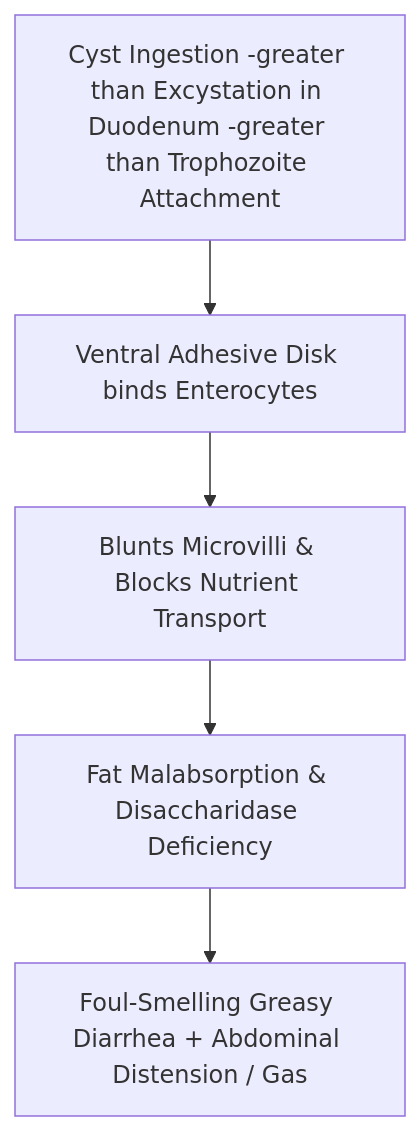
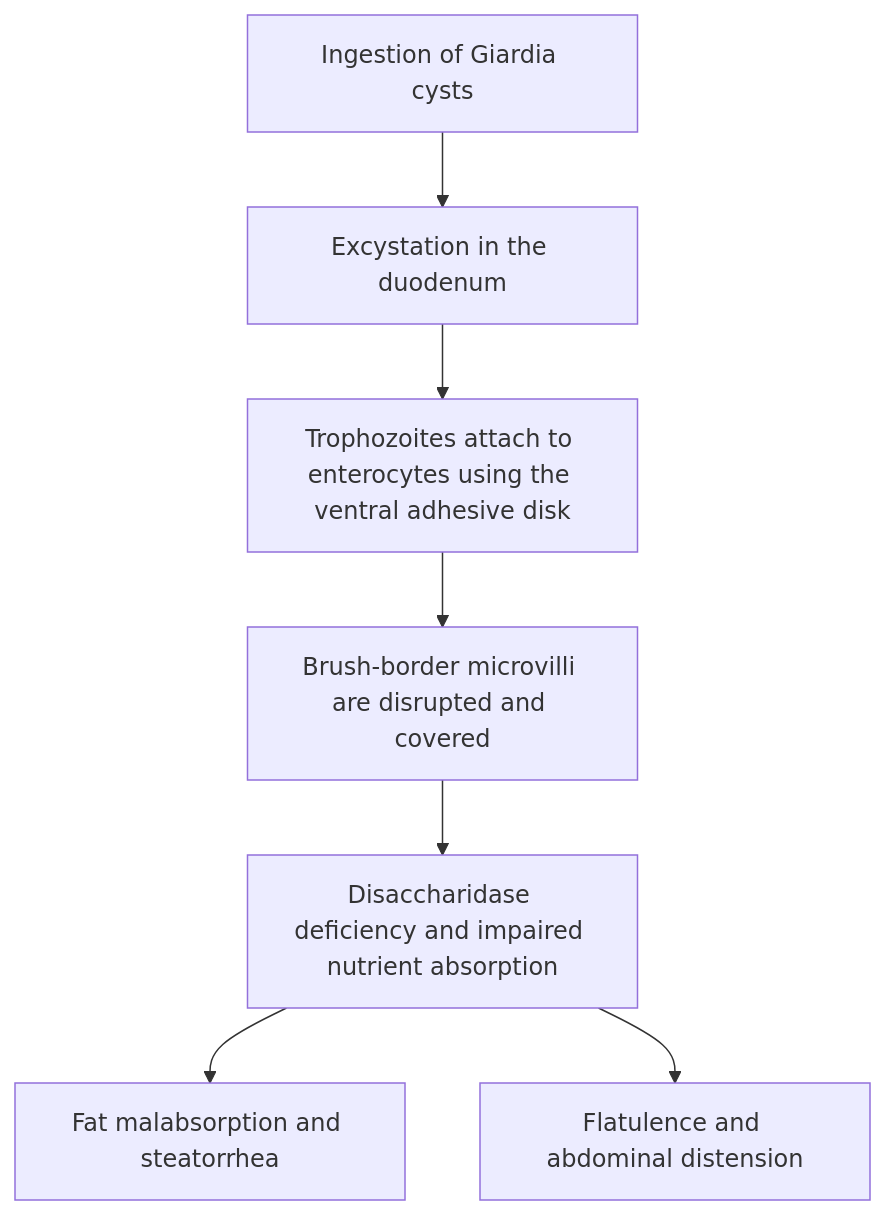
One commit to kartikswami768/neet-pg changed the diagram in Canonical notes/GIT/GIT_Chapter_14_Viral_Parasitic_Infections.md. Above: the diagram before and after it, drawn with Mermaid. The commit also changed other lines of this file and 27 other files, not shown here.

````diff
--- a/Canonical notes/GIT/GIT_Chapter_14_Viral_Parasitic_Infections.md
+++ b/Canonical notes/GIT/GIT_Chapter_14_Viral_Parasitic_Infections.md
@@ -92,8 +90,9 @@
 ```mermaid
 flowchart TD
-  A["Cyst Ingestion -greater than Excystation in Duodenum -greater than Trophozoite Attachment"]
-  A --> N1["Ventral Adhesive Disk binds Enterocytes"]
-  N1 --> N2["Blunts Microvilli & Blocks Nutrient Transport"]
-  N2 --> N3["Fat Malabsorption & Disaccharidase Deficiency"]
-  N3 --> N4["Foul-Smelling Greasy Diarrhea + Abdominal Distension / Gas"]
+    A["Ingestion of Giardia cysts"] --> B["Excystation in the duodenum"]
+    B --> C["Trophozoites attach to enterocytes using the ventral adhesive disk"]
+    C --> D["Brush-border microvilli are disrupted and covered"]
+    D --> E["Disaccharidase deficiency and impaired nutrient absorption"]
+    E --> F["Fat malabsorption and steatorrhea"]
+    E --> G["Flatulence and abdominal distension"]
 ```
````
